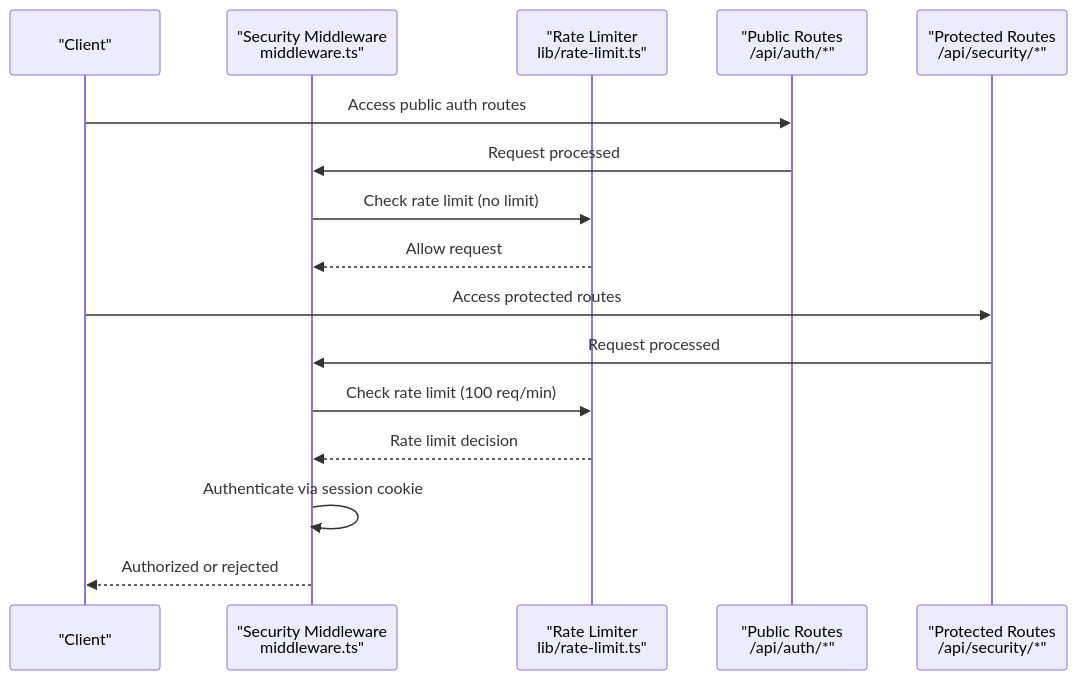
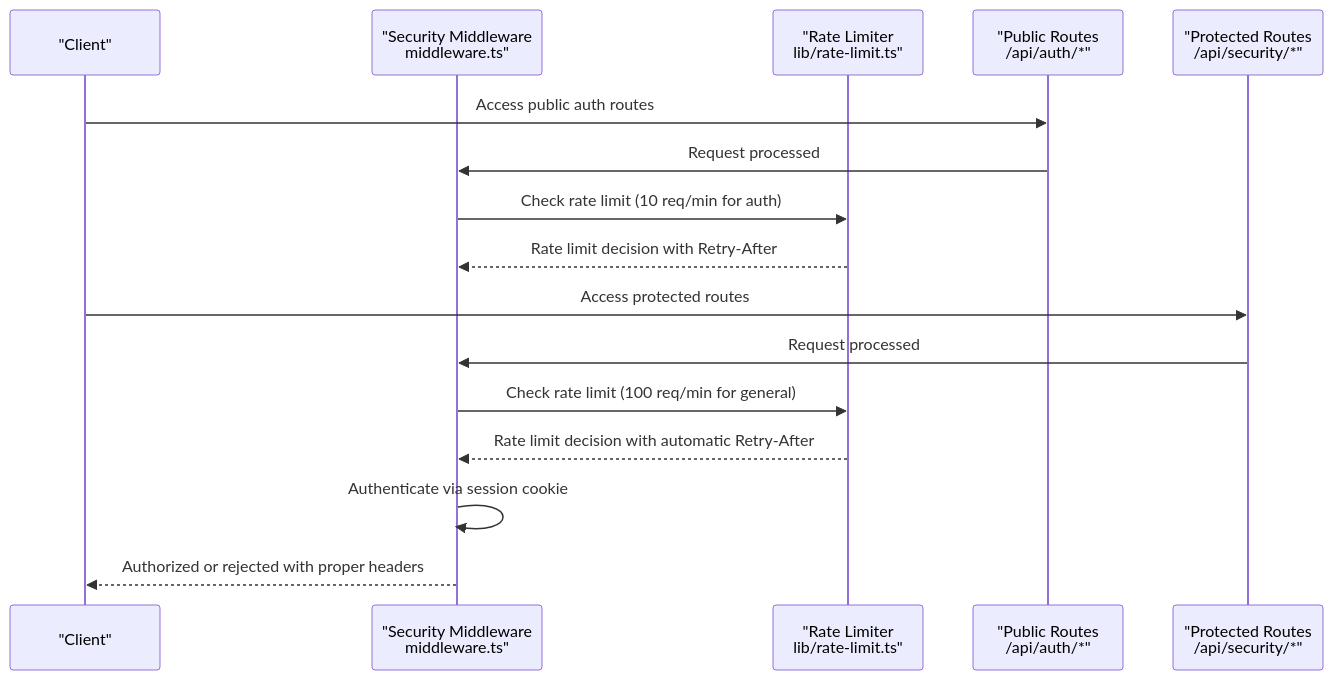
Before and after one commit to celebigilfatih/infrascope: the third of 11 diagrams in .qoder/repowiki/en/content/Security Management/Security Management.md, drawn with Mermaid. The commit also changed other lines of this file and 13 other files, not shown here.

````diff
--- a/.qoder/repowiki/en/content/Security Management/Security Management.md
+++ b/.qoder/repowiki/en/content/Security Management/Security Management.md
@@ -199,18 +217,18 @@
 ```mermaid
 sequenceDiagram
 participant Client as "Client"
 participant MW as "Security Middleware<br/>middleware.ts"
 participant RL as "Rate Limiter<br/>lib/rate-limit.ts"
 participant Public as "Public Routes<br/>/api/auth/*"
 participant Protected as "Protected Routes<br/>/api/security/*"
 Client->>Public : Access public auth routes
 Public->>MW : Request processed
-MW->>RL : Check rate limit (no limit)
-RL-->>MW : Allow request
+MW->>RL : Check rate limit (10 req/min for auth)
+RL-->>MW : Rate limit decision with Retry-After
 Client->>Protected : Access protected routes
 Protected->>MW : Request processed
-MW->>RL : Check rate limit (100 req/min)
-RL-->>MW : Rate limit decision
+MW->>RL : Check rate limit (100 req/min for general)
+RL-->>MW : Rate limit decision with automatic Retry-After
 MW->>MW : Authenticate via session cookie
-MW-->>Client : Authorized or rejected
+MW-->>Client : Authorized or rejected with proper headers
 ```
````
